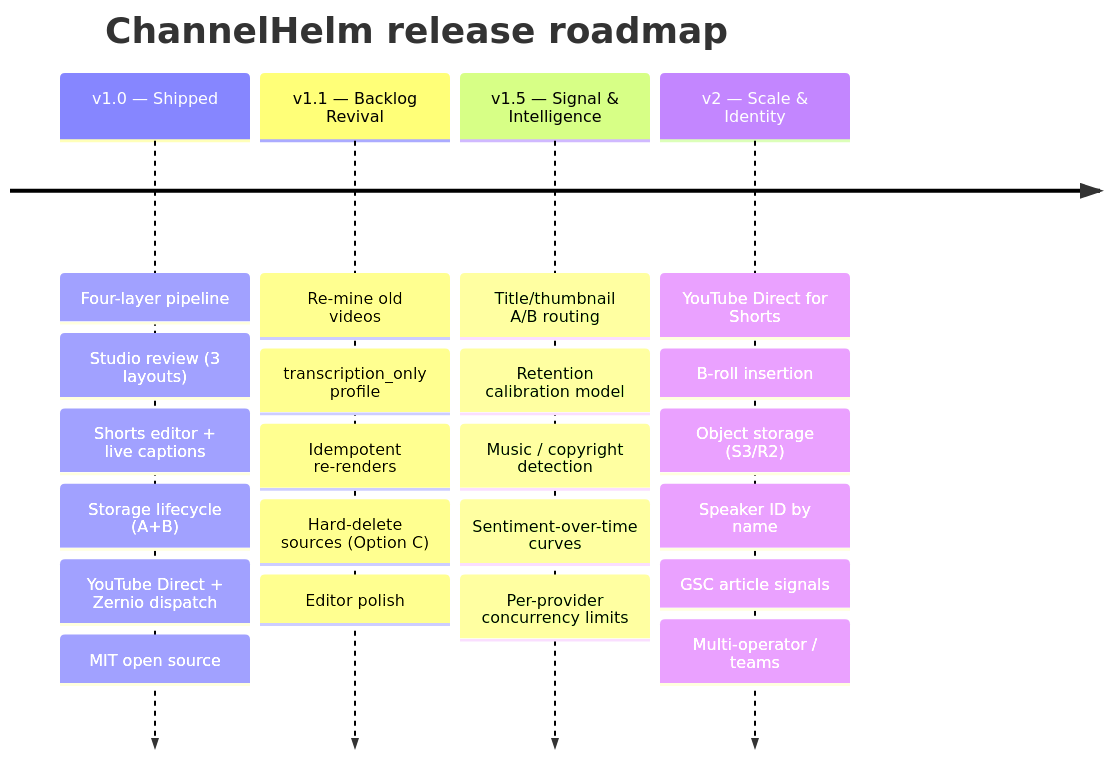
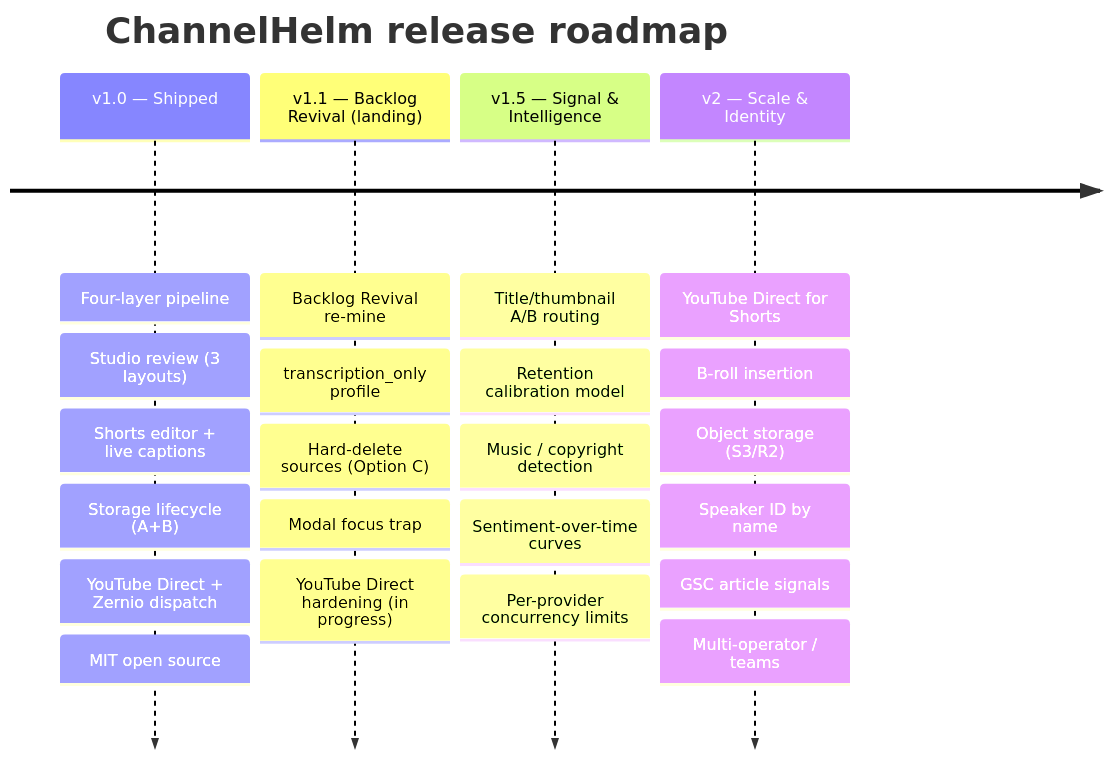
The diagram in ROADMAP.md (MeyerThorsten/ChannelHelm), drawn with Mermaid before and after one commit. The commit also changed other lines of this file and 10 other files, not shown here.

First line of the commit message:
feat(v1.1): Backlog Revival, transcription_only profile, hard-delete, modal focus trap

````diff
--- a/ROADMAP.md
+++ b/ROADMAP.md
@@ -5,8 +5,8 @@
 ```mermaid
 timeline
     title ChannelHelm release roadmap
     v1.0 — Shipped : Four-layer pipeline : Studio review (3 layouts) : Shorts editor + live captions : Storage lifecycle (A+B) : YouTube Direct + Zernio dispatch : MIT open source
-    v1.1 — Backlog Revival : Re-mine old videos : transcription_only profile : Idempotent re-renders : Hard-delete sources (Option C) : Editor polish
+    v1.1 — Backlog Revival (landing) : Backlog Revival re-mine : transcription_only profile : Hard-delete sources (Option C) : Modal focus trap : YouTube Direct hardening (in progress)
     v1.5 — Signal & Intelligence : Title/thumbnail A/B routing : Retention calibration model : Music / copyright detection : Sentiment-over-time curves : Per-provider concurrency limits
     v2 — Scale & Identity : YouTube Direct for Shorts : B-roll insertion : Object storage (S3/R2) : Speaker ID by name : GSC article signals : Multi-operator / teams
 ```
````
